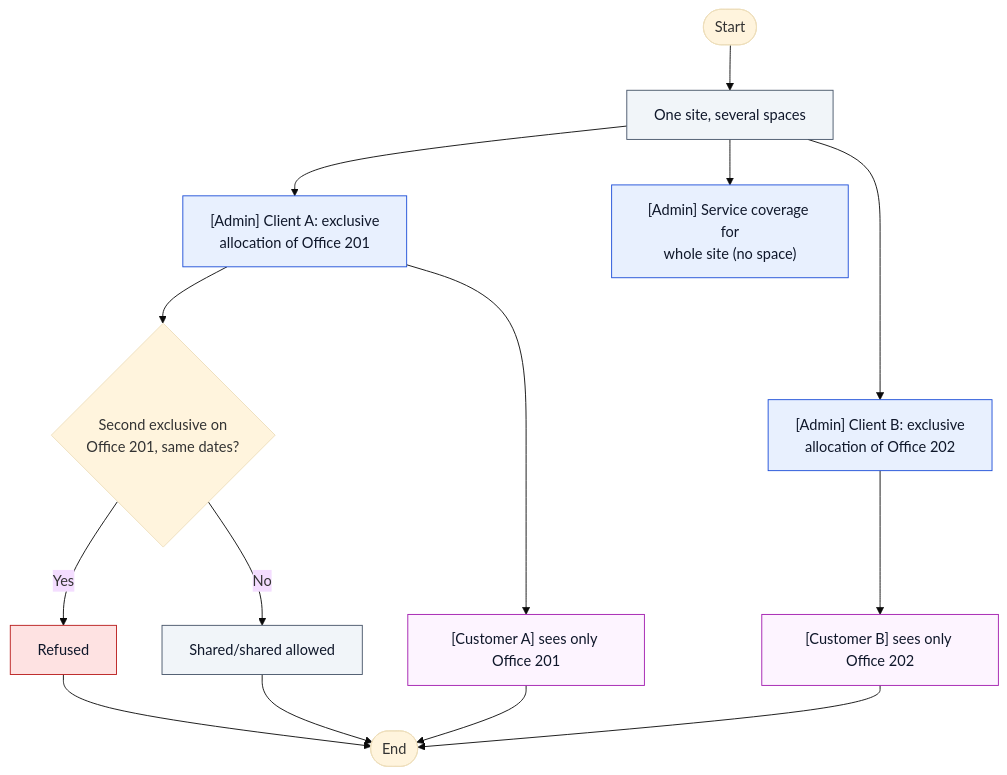
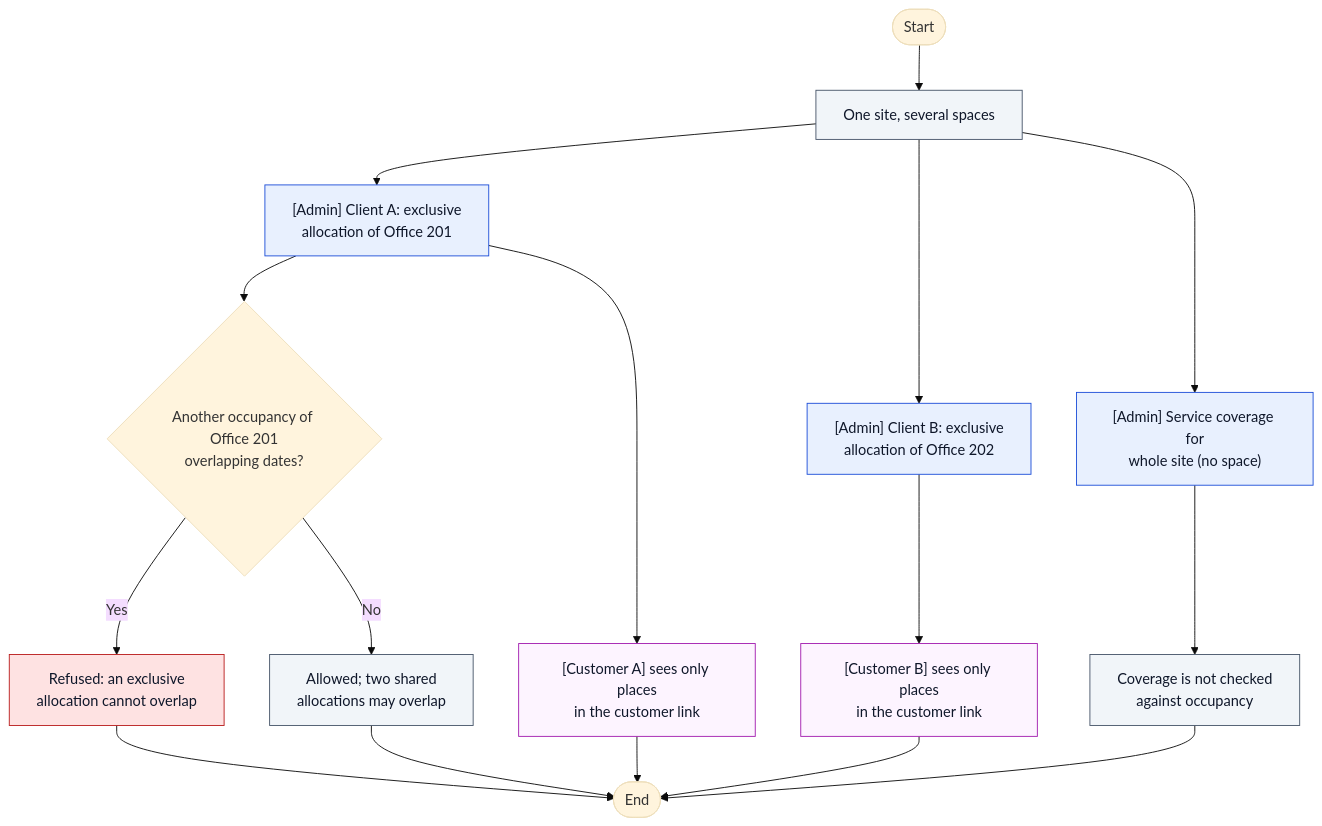
The diagram in docs/help/diagrams/wf-12.mmd (tsforcetech/FMS), drawn with Mermaid (base theme) before and after one commit. The commit also changed 79 other files, not shown here.

First line of the commit message:
Phase 9: workflow diagrams verified against the code (37 corrected)

```diff
--- a/docs/help/diagrams/wf-12.mmd
+++ b/docs/help/diagrams/wf-12.mmd
@@ -1,23 +1,25 @@
 %% title: Shared site / multiple client occupancy
 %% articles: clients.allocations,customer.locations
-%% sources: packages/shared/src/allocations.ts,apps/admin-web/src/management/store.ts,firebase/firestore.rules
+%% sources: packages/shared/src/allocations.ts,apps/admin-web/src/management/store.ts,apps/admin-web/src/management/customerStore.ts,firebase/firestore.rules
 flowchart TD
   S([Start]) --> A["One site, several spaces"]:::system
   A --> B["[Admin] Client A: exclusive<br/>allocation of Office 201"]:::admin
   A --> C["[Admin] Client B: exclusive<br/>allocation of Office 202"]:::admin
   A --> D["[Admin] Service coverage for<br/>whole site (no space)"]:::admin
-  B --> E{"Second exclusive on<br/>Office 201, same dates?"}
-  E -- Yes --> F["Refused"]:::stop
-  E -- No --> G["Shared/shared allowed"]:::system
-  B --> H["[Customer A] sees only Office 201"]:::customer
-  C --> I["[Customer B] sees only Office 202"]:::customer
+  B --> E{"Another occupancy of Office 201<br/>overlapping dates?"}
+  E -- Yes --> F["Refused: an exclusive<br/>allocation cannot overlap"]:::stop
+  E -- No --> G["Allowed; two shared<br/>allocations may overlap"]:::system
+  D --> K["Coverage is not checked<br/>against occupancy"]:::system
+  B --> H["[Customer A] sees only places<br/>in the customer link"]:::customer
+  C --> I["[Customer B] sees only places<br/>in the customer link"]:::customer
   F --> X([End])
   G --> X
+  K --> X
   H --> X
   I --> X
   classDef admin fill:#e8f0fe,stroke:#1d4ed8,color:#0f172a
   classDef staff fill:#ecfdf5,stroke:#047857,color:#0f172a
   classDef customer fill:#fdf4ff,stroke:#a21caf,color:#0f172a
   classDef platform fill:#fff7ed,stroke:#c2410c,color:#0f172a
   classDef system fill:#f1f5f9,stroke:#475569,color:#0f172a
   classDef stop fill:#fee2e2,stroke:#b91c1c,color:#0f172a
```
